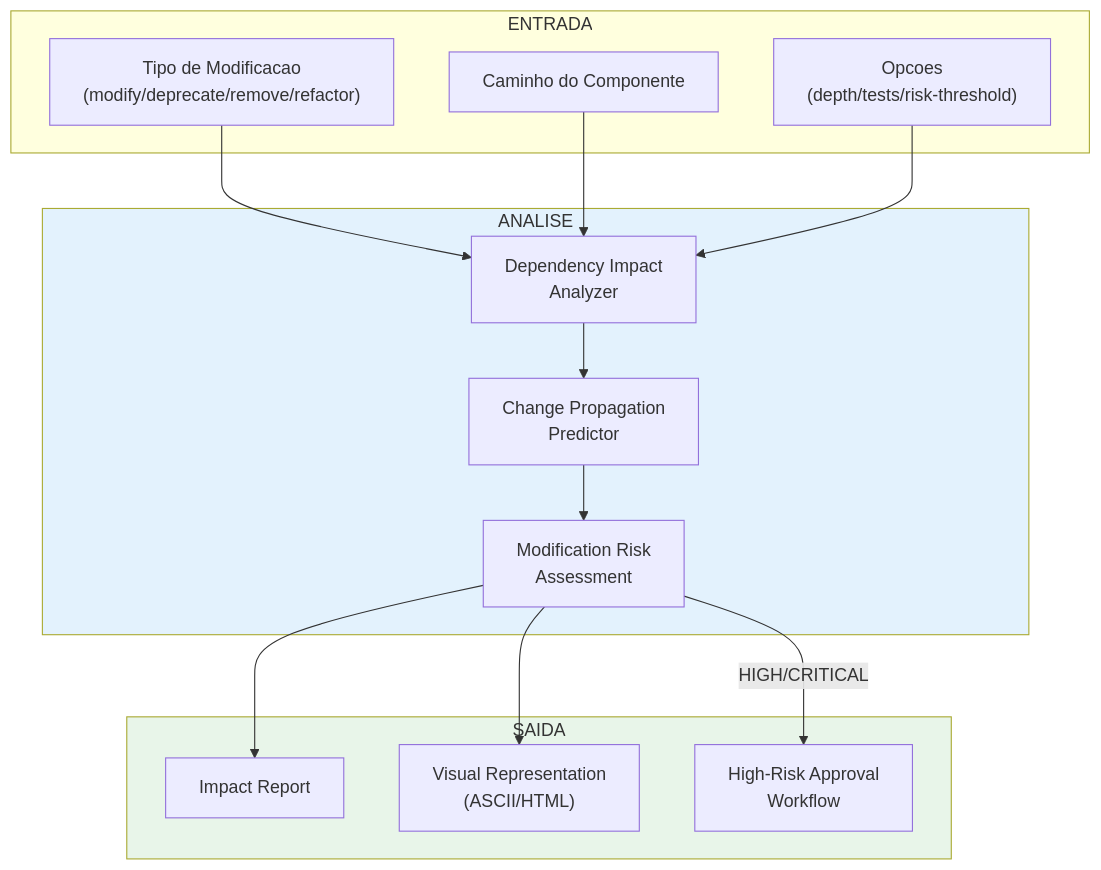
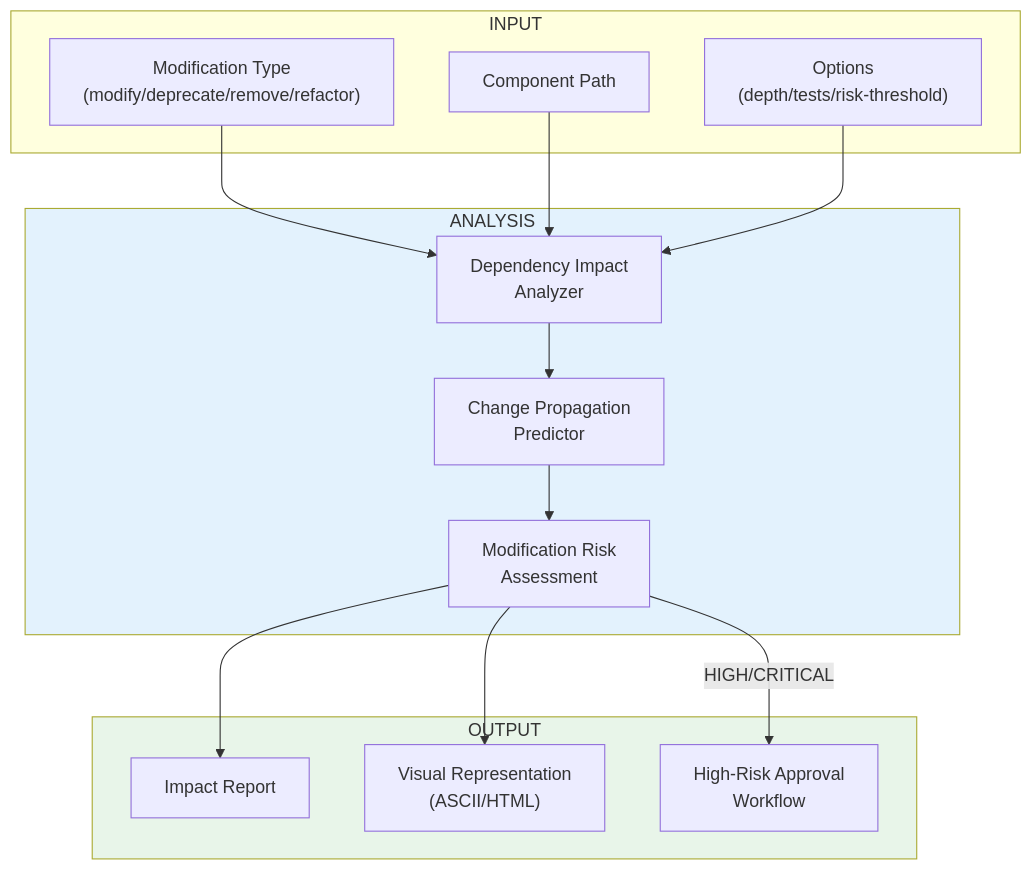
One commit to CyryxLabs/AEXOS changed the seventh of 8 diagrams in docs/guides/agents/ARCHITECT-SYSTEM.md. Above: the diagram before and after it, drawn with Mermaid. The commit also changed other lines of this file and 528 other files, not shown here.

````diff
--- a/docs/guides/agents/ARCHITECT-SYSTEM.md
+++ b/docs/guides/agents/ARCHITECT-SYSTEM.md
@@ -411,34 +411,34 @@
 ```mermaid
 flowchart TB
-    subgraph INPUT["ENTRADA"]
-        TYPE["Tipo de Modificacao\n(modify/deprecate/remove/refactor)"]
-        PATH["Caminho do Componente"]
-        OPTS["Opcoes\n(depth/tests/risk-threshold)"]
+    subgraph INPUT["INPUT"]
+        TYPE["Modification Type\n(modify/deprecate/remove/refactor)"]
+        PATH["Component Path"]
+        OPTS["Options\n(depth/tests/risk-threshold)"]
     end
 
-    subgraph ANALYSIS["ANALISE"]
+    subgraph ANALYSIS["ANALYSIS"]
         DEP["Dependency Impact\nAnalyzer"]
         PROP["Change Propagation\nPredictor"]
         RISK["Modification Risk\nAssessment"]
     end
 
-    subgraph OUTPUT["SAIDA"]
+    subgraph OUTPUT["OUTPUT"]
         REPORT["Impact Report"]
         VISUAL["Visual Representation\n(ASCII/HTML)"]
         APPROVAL["High-Risk Approval\nWorkflow"]
     end
 
     TYPE --> DEP
     PATH --> DEP
     OPTS --> DEP
 
     DEP --> PROP
     PROP --> RISK
 
     RISK --> REPORT
     RISK --> VISUAL
     RISK -->|"HIGH/CRITICAL"| APPROVAL
 
     style ANALYSIS fill:#e3f2fd
     style OUTPUT fill:#e8f5e9
 ```
````
